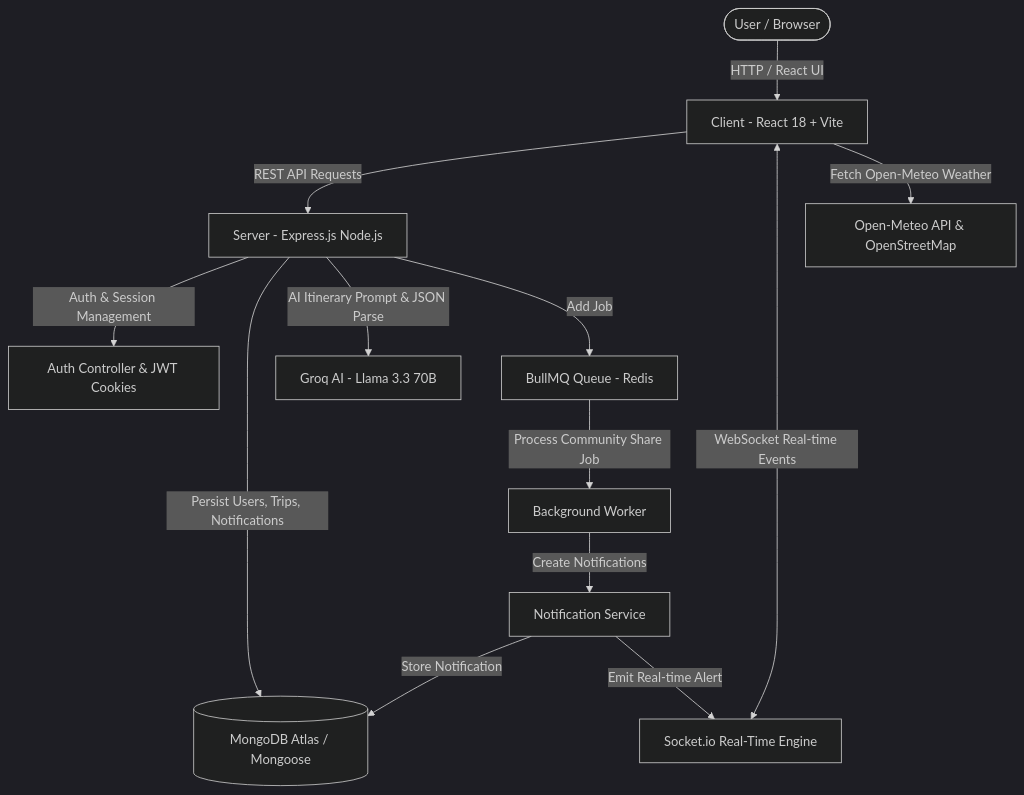
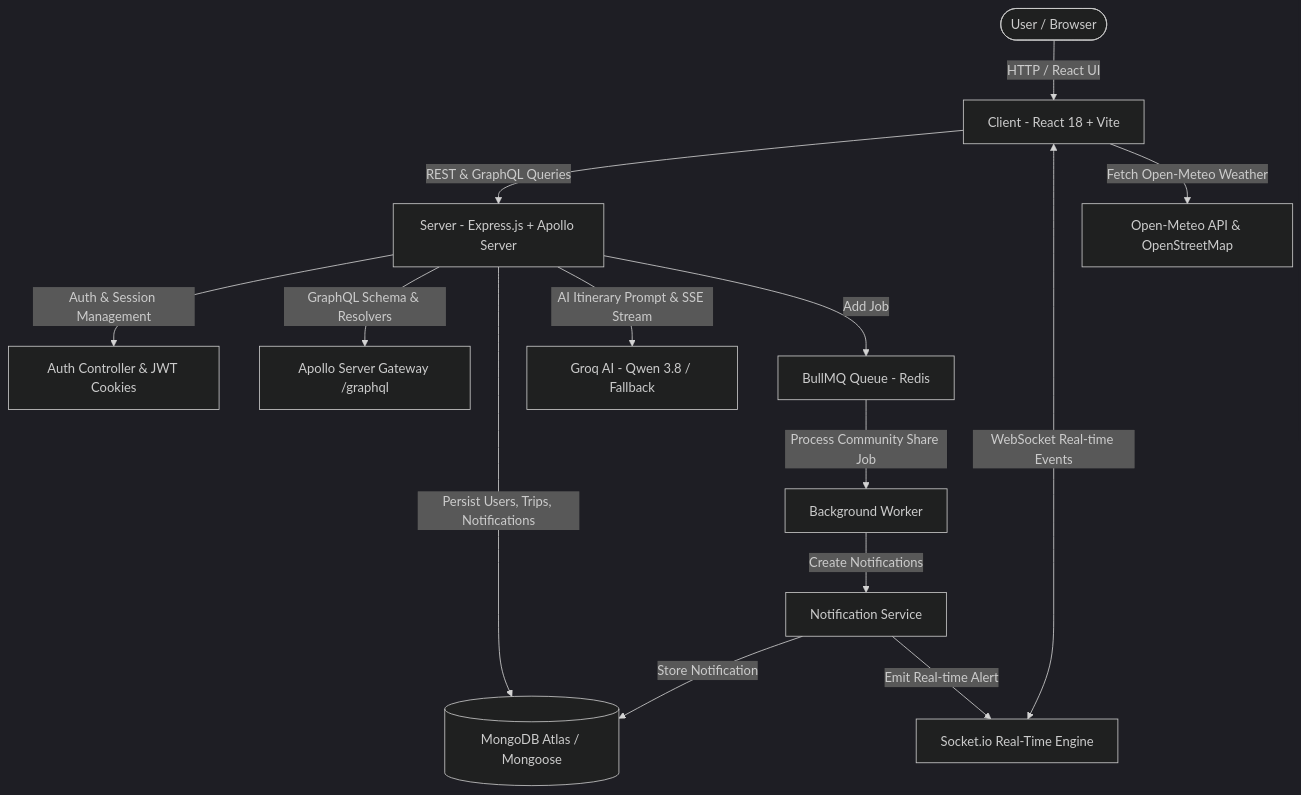
The diagram in README.md (Retesh07/yatrAi), drawn with Mermaid (dark theme) before and after one commit. The commit also changed other lines of this file and 31 other files, not shown here.

Commit message:
docs: add k6 benchmark report, Jest coverage metrics, and Apollo GraphQL to README

````diff
--- a/README.md
+++ b/README.md
@@ -22,18 +68,19 @@
 ```mermaid
 graph TD
     User([User / Browser]) -->|HTTP / React UI| Client[Client - React 18 + Vite]
-    Client -->|REST API Requests| Server[Server - Express.js Node.js]
+    Client -->|REST & GraphQL Queries| Server[Server - Express.js + Apollo Server]
     Client <-->|WebSocket Real-time Events| SocketService[Socket.io Real-Time Engine]
     
     Server -->|Auth & Session Management| AuthCtrl[Auth Controller & JWT Cookies]
+    Server -->|GraphQL Schema & Resolvers| ApolloGateway[Apollo Server Gateway /graphql]
     Server -->|Persist Users, Trips, Notifications| MongoDB[(MongoDB Atlas / Mongoose)]
-    Server -->|AI Itinerary Prompt & JSON Parse| GroqService[Groq AI - Llama 3.3 70B]
+    Server -->|AI Itinerary Prompt & SSE Stream| GroqService[Groq AI - Qwen 3.8 / Fallback]
     Server -->|Add Job| BullMQQueue[BullMQ Queue - Redis]
     
     BullMQQueue -->|Process Community Share Job| Worker[Background Worker]
     Worker -->|Create Notifications| NotifService[Notification Service]
     NotifService -->|Store Notification| MongoDB
     NotifService -->|Emit Real-time Alert| SocketService
     
     Client -->|Fetch Open-Meteo Weather| OpenMeteo[Open-Meteo API & OpenStreetMap]
 ```
````
